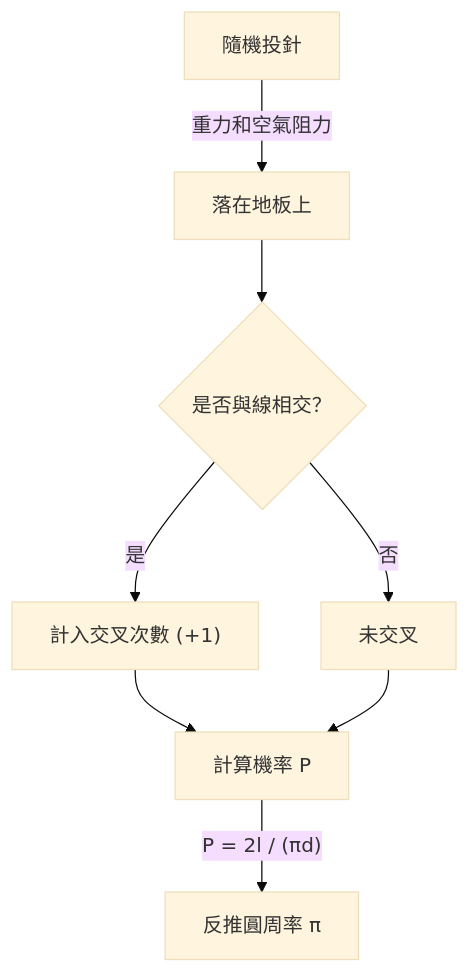
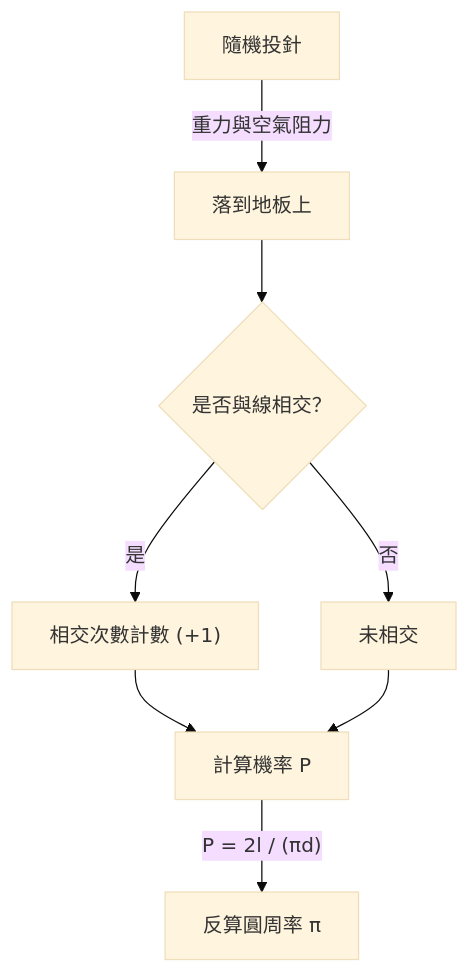
One commit to kenjinote/blog changed the diagram in content/post/buffons-needle/index.zh-tw.md. Above: the diagram before and after it, drawn with Mermaid (base theme). The commit also changed other lines of this file and 97 other files, not shown here.

````diff
--- a/content/post/buffons-needle/index.zh-tw.md
+++ b/content/post/buffons-needle/index.zh-tw.md
@@ -36,10 +36,10 @@
 ```mermaid
 graph TD
-    A["隨機投針"] -->|"重力和空氣阻力"| B["落在地板上"]
+    A["隨機投針"] -->|"重力與空氣阻力"| B["落到地板上"]
     B --> C{"是否與線相交？"}
-    C -->|"是"| D["計入交叉次數 (+1)"]
-    C -->|"否"| E["未交叉"]
+    C -->|"是"| D["相交次數計數 (+1)"]
+    C -->|"否"| E["未相交"]
     D --> F["計算機率 P"]
     E --> F
-    F -->|"P = 2l / (πd)"| G["反推圓周率 π"]
+    F -->|"P = 2l / (πd)"| G["反算圓周率 π"]
 ```
````
